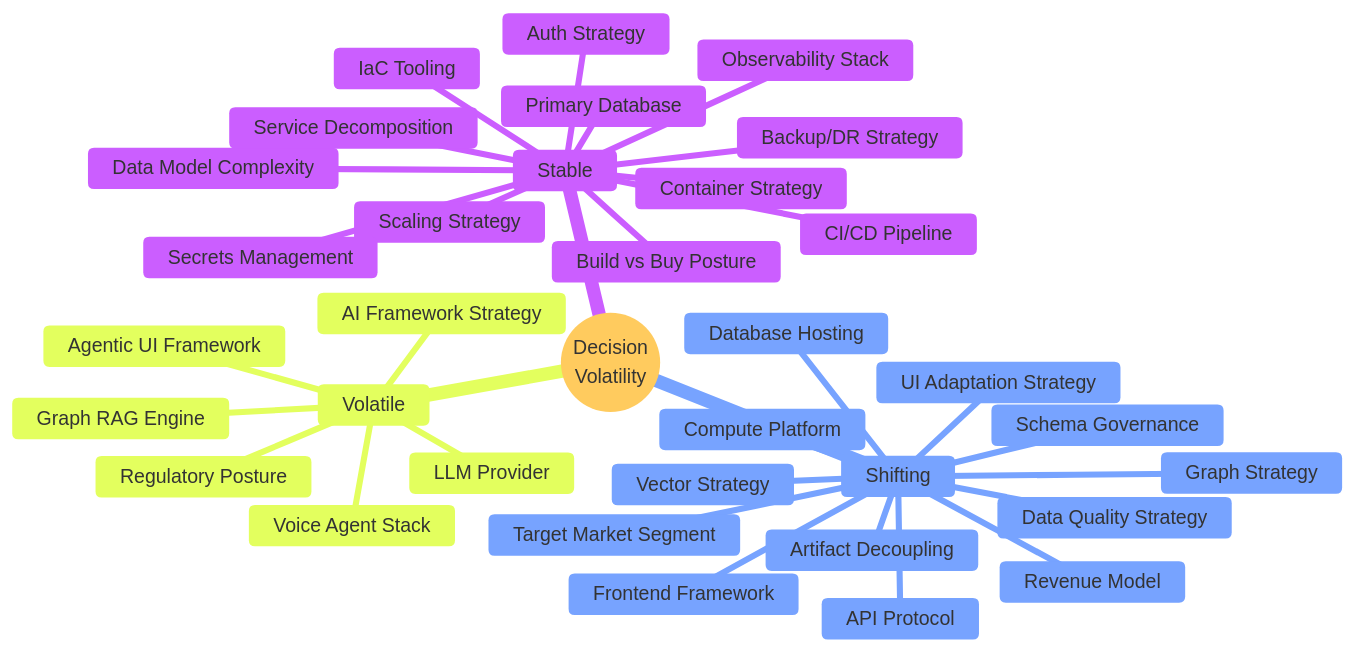
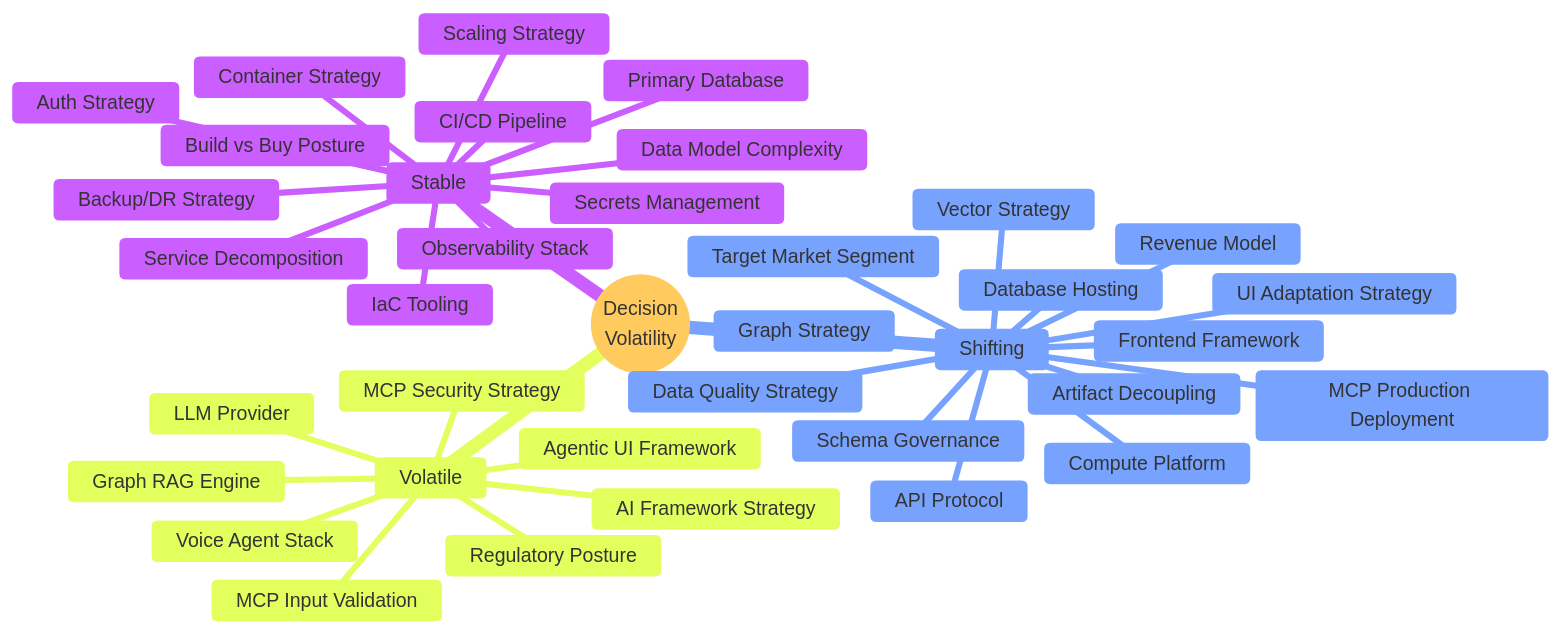
The eighth of 8 diagrams in docs/prd/decisions/REPORT.md (petteriTeikari/music-attribution-scaffold), drawn with Mermaid before and after one commit. The commit also changed other lines of this file and 6 other files, not shown here.

First line of the commit message:
docs(prd): v2.2.0 — add MCP security strategy, production deployment, and input validation nodes

````diff
--- a/docs/prd/decisions/REPORT.md
+++ b/docs/prd/decisions/REPORT.md
@@ -460,38 +478,41 @@
 ```mermaid
 %%{init: {'theme': 'base', 'themeVariables': {'background': '#fcfaf5'}}}%%
 mindmap
   root((Decision<br/>Volatility))
     Stable
       Build vs Buy Posture
       Data Model Complexity
       Service Decomposition
       Primary Database
       Container Strategy
       CI/CD Pipeline
       IaC Tooling
       Scaling Strategy
       Backup/DR Strategy
       Secrets Management
       Observability Stack
       Auth Strategy
     Shifting
       Target Market Segment
       Revenue Model
       API Protocol
       Graph Strategy
       Vector Strategy
       Frontend Framework
       Compute Platform
       Database Hosting
       Data Quality Strategy
       Schema Governance
       Artifact Decoupling
       UI Adaptation Strategy
+      MCP Production Deployment
     Volatile
       Regulatory Posture
       AI Framework Strategy
       LLM Provider
       Agentic UI Framework
       Voice Agent Stack
       Graph RAG Engine
+      MCP Security Strategy
+      MCP Input Validation
 ```
````
